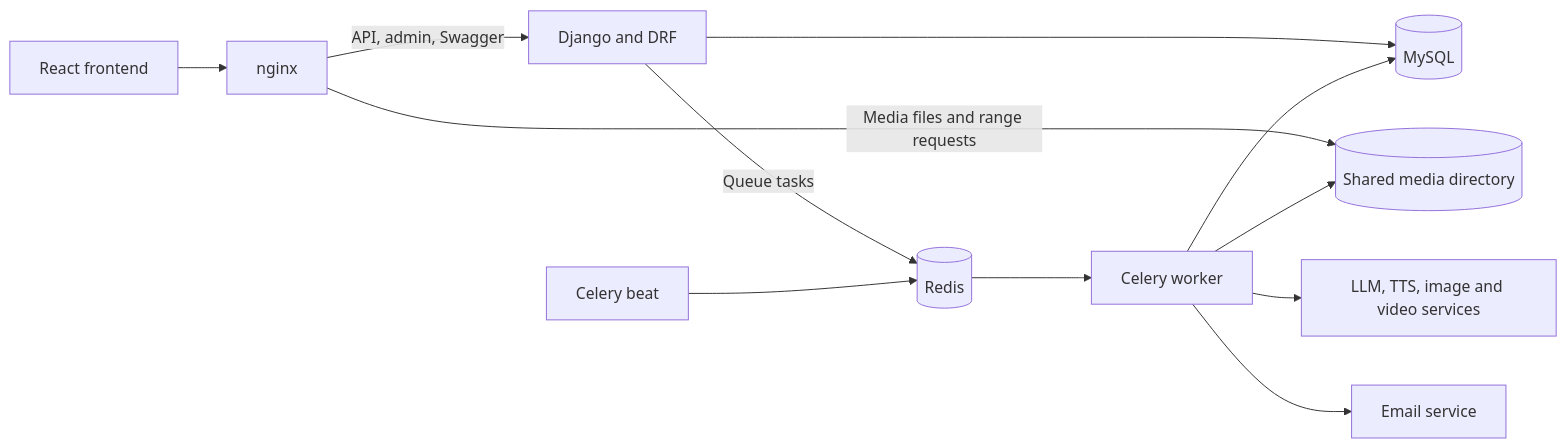
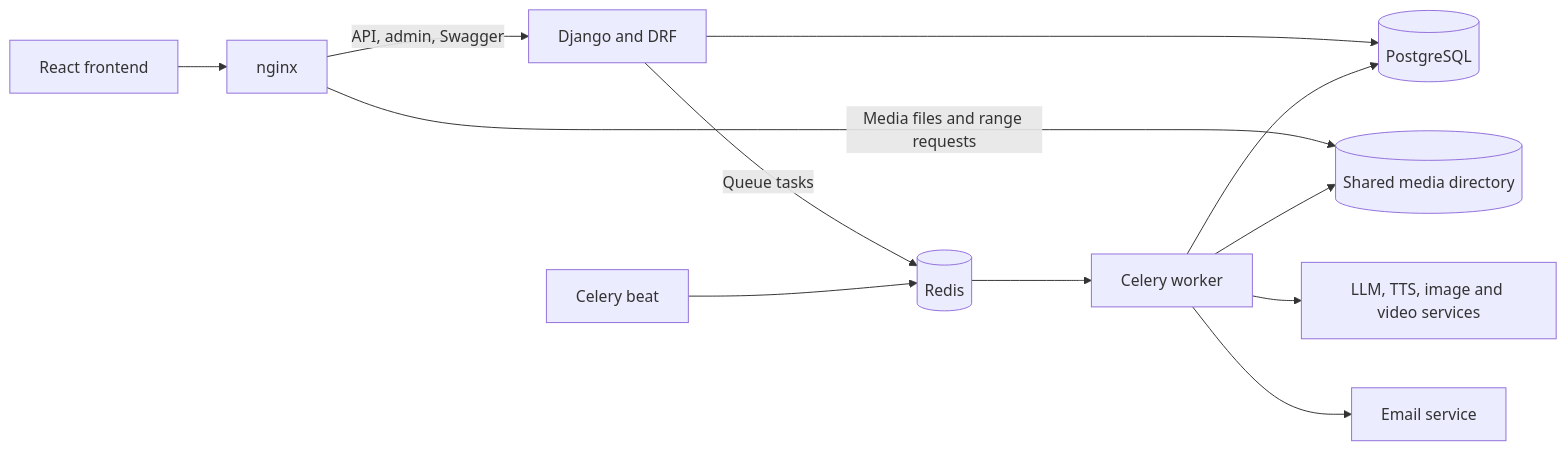
One commit to kostas2370/Video-Creator changed the first of 4 diagrams in docs/ARCHITECTURE.md. Above: the diagram before and after it, drawn with Mermaid. The commit also changed 23 other files, not shown here.

Commit message:
Use PostgreSQL for development, production and CI

````diff
--- a/docs/ARCHITECTURE.md
+++ b/docs/ARCHITECTURE.md
@@ -13,14 +13,14 @@
 ```mermaid
 flowchart LR
     Browser[React frontend] --> Nginx[nginx]
     Nginx -->|API, admin, Swagger| Django[Django and DRF]
     Nginx -->|Media files and range requests| Media[(Shared media directory)]
-    Django --> DB[(MySQL)]
+    Django --> DB[(PostgreSQL)]
     Django -->|Queue tasks| Redis[(Redis)]
     Beat[Celery beat] --> Redis
     Redis --> Worker[Celery worker]
     Worker --> DB
     Worker --> Media
     Worker --> Providers[LLM, TTS, image and video services]
     Worker --> Email[Email service]
 ```
````
